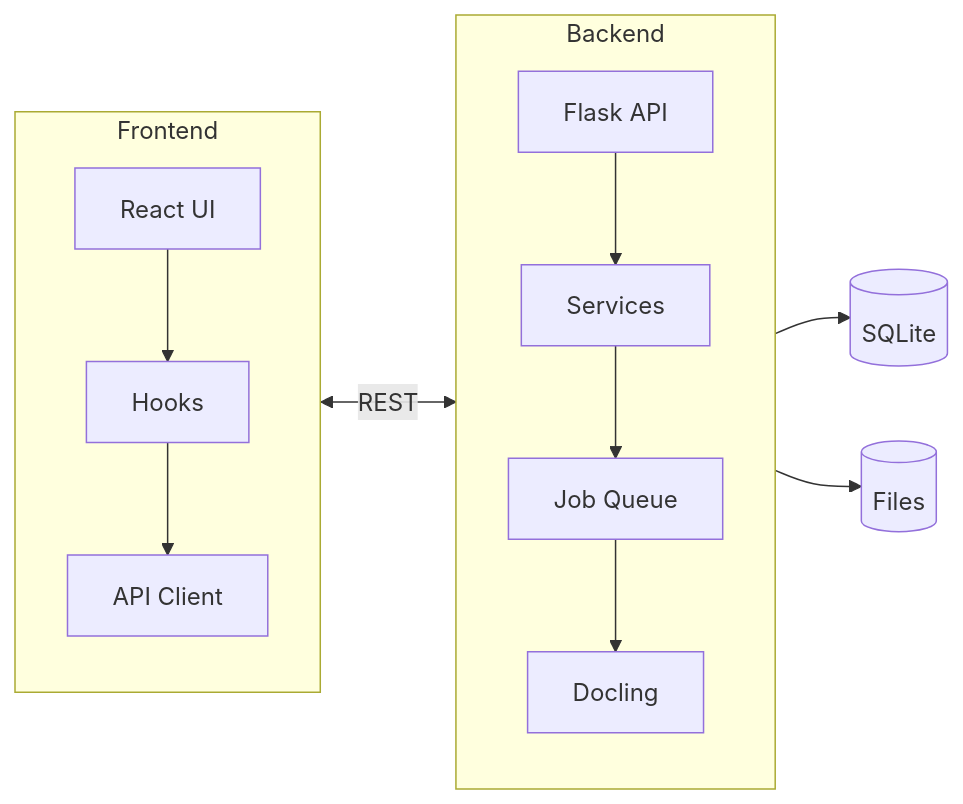
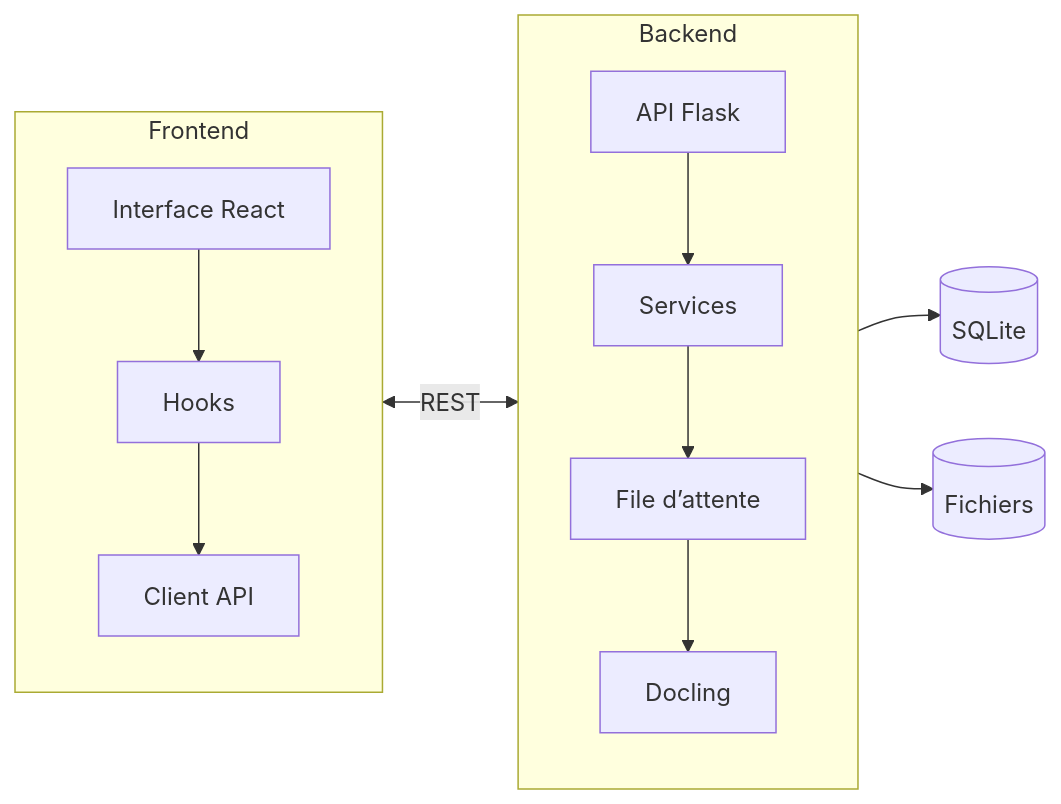
One commit to duckling-ui/duckling changed the first of 8 diagrams in docs/fr/architecture/diagrams.md. Above: the diagram before and after it, drawn with Mermaid. The commit also changed other lines of this file and 133 other files, not shown here.

````diff
--- a/docs/fr/architecture/diagrams.md
+++ b/docs/fr/architecture/diagrams.md
@@ -7,20 +7,20 @@
 ```mermaid
 flowchart LR
     subgraph FE["Frontend"]
         direction TB
-        UI[React UI] --> Hooks[Hooks]
-        Hooks --> Axios[API Client]
+        UI[Interface React] --> Hooks[Hooks]
+        Hooks --> Axios[Client API]
     end
 
     Axios <-->|REST| API
 
     subgraph BE["Backend"]
         direction TB
-        API[Flask API] --> SVC[Services]
-        SVC --> Queue[Job Queue]
+        API[API Flask] --> SVC[Services]
+        SVC --> Queue[File d’attente]
         Queue --> Doc[Docling]
     end
 
     Doc --> DB[(SQLite)]
-    Doc --> FS[(Files)]
+    Doc --> FS[(Fichiers)]
 ```
````
